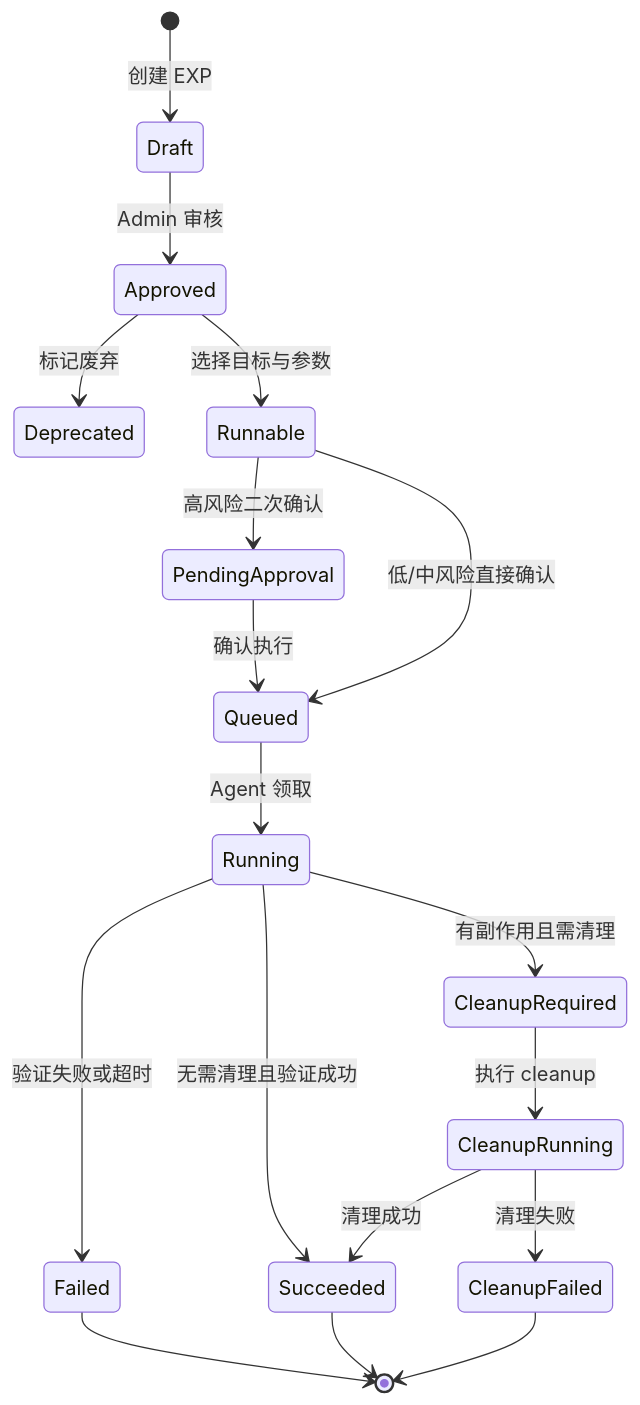
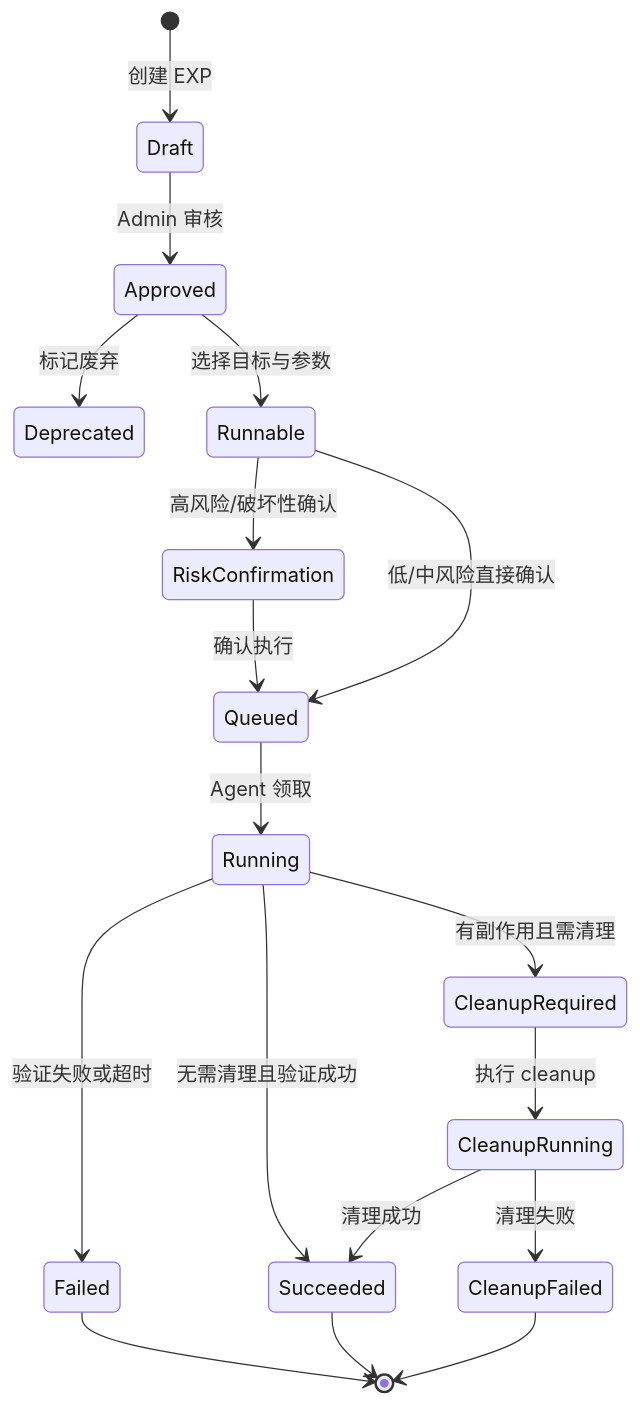
One commit to TokEat/argus changed the diagram in docs/exp-capability-planning.md. Above: the diagram before and after it, drawn with Mermaid. The commit also changed other lines of this file and 26 other files, not shown here.

````diff
--- a/docs/exp-capability-planning.md
+++ b/docs/exp-capability-planning.md
@@ -379,20 +378,20 @@
 ```mermaid
 stateDiagram-v2
     [*] --> Draft: 创建 EXP
     Draft --> Approved: Admin 审核
     Approved --> Deprecated: 标记废弃
     Approved --> Runnable: 选择目标与参数
-    Runnable --> PendingApproval: 高风险二次确认
-    PendingApproval --> Queued: 确认执行
+    Runnable --> RiskConfirmation: 高风险/破坏性确认
+    RiskConfirmation --> Queued: 确认执行
     Runnable --> Queued: 低/中风险直接确认
     Queued --> Running: Agent 领取
     Running --> CleanupRequired: 有副作用且需清理
     Running --> Succeeded: 无需清理且验证成功
     Running --> Failed: 验证失败或超时
     CleanupRequired --> CleanupRunning: 执行 cleanup
     CleanupRunning --> Succeeded: 清理成功
     CleanupRunning --> CleanupFailed: 清理失败
     Failed --> [*]
     Succeeded --> [*]
     CleanupFailed --> [*]
 ```
````
